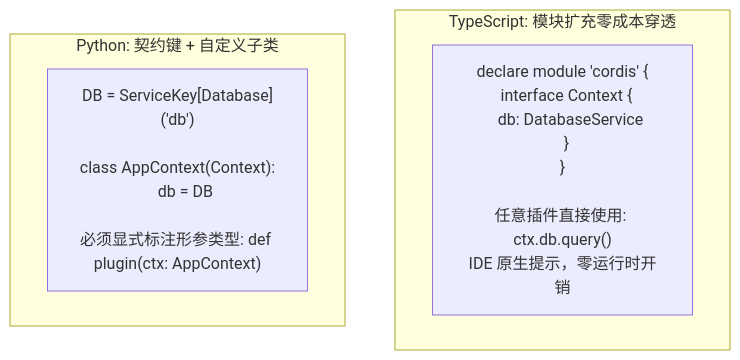
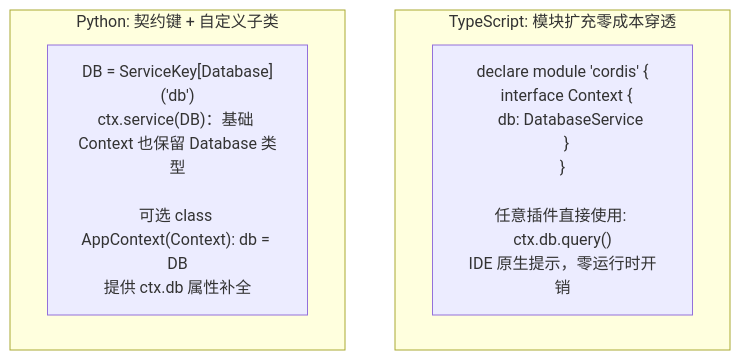
The first of 3 diagrams in python/docs/python-vs-typescript.md (zxrneu/cordis), drawn with Mermaid before and after one commit. The commit also changed other lines of this file and 30 other files, not shown here.

````diff
--- a/python/docs/python-vs-typescript.md
+++ b/python/docs/python-vs-typescript.md
@@ -93,10 +95,10 @@
 ```mermaid
 graph TD
     subgraph TS_Type_Experience [TypeScript: 模块扩充零成本穿透]
         TS_Code["declare module 'cordis' {<br/>  interface Context {<br/>    db: DatabaseService<br/>  }<br/>}<br/><br/>任意插件直接使用: ctx.db.query()<br/>IDE 原生提示，零运行时开销"]
     end
 
     subgraph PY_Type_Experience [Python: 契约键 + 自定义子类]
-        PY_Code["DB = ServiceKey[Database]('db')<br/><br/>class AppContext(Context):<br/>    db = DB<br/><br/>必须显式标注形参类型: def plugin(ctx: AppContext)"]
+        PY_Code["DB = ServiceKey[Database]('db')<br/>ctx.service(DB)：基础 Context 也保留 Database 类型<br/><br/>可选 class AppContext(Context): db = DB<br/>提供 ctx.db 属性补全"]
     end
 ```
````
